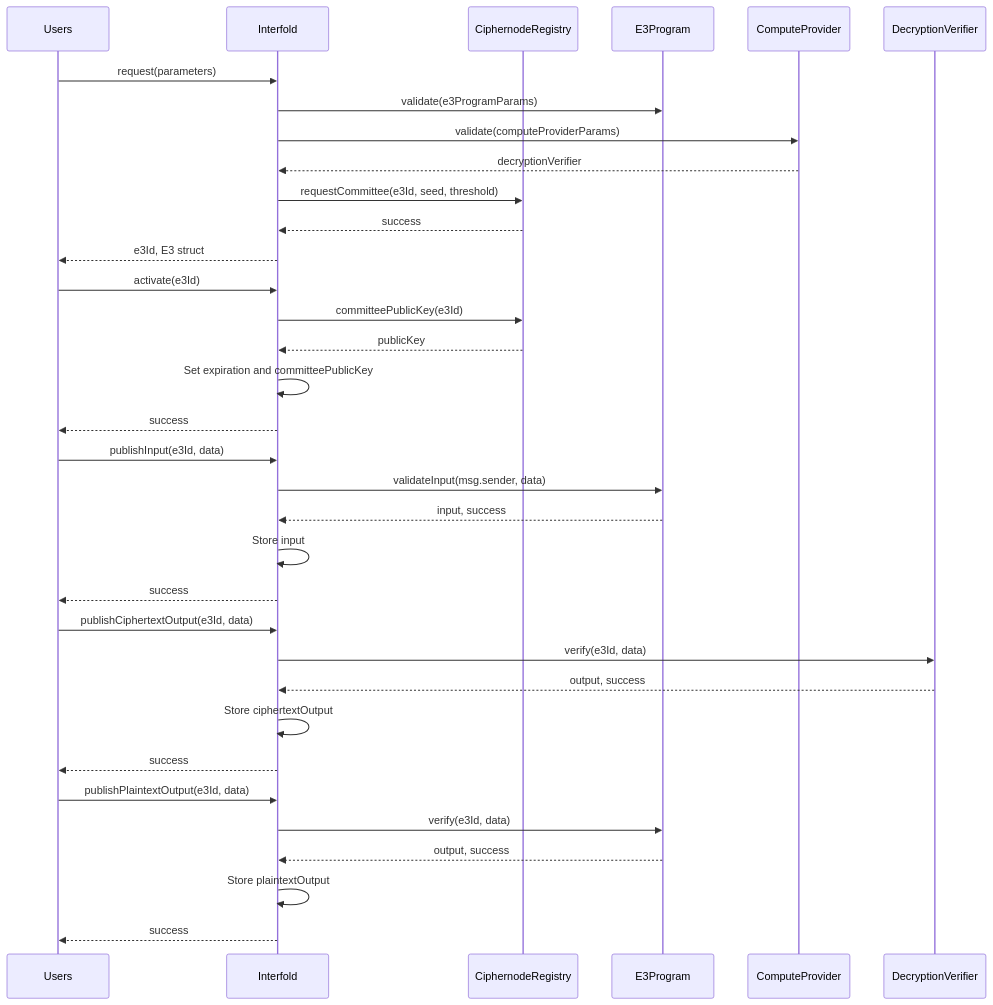
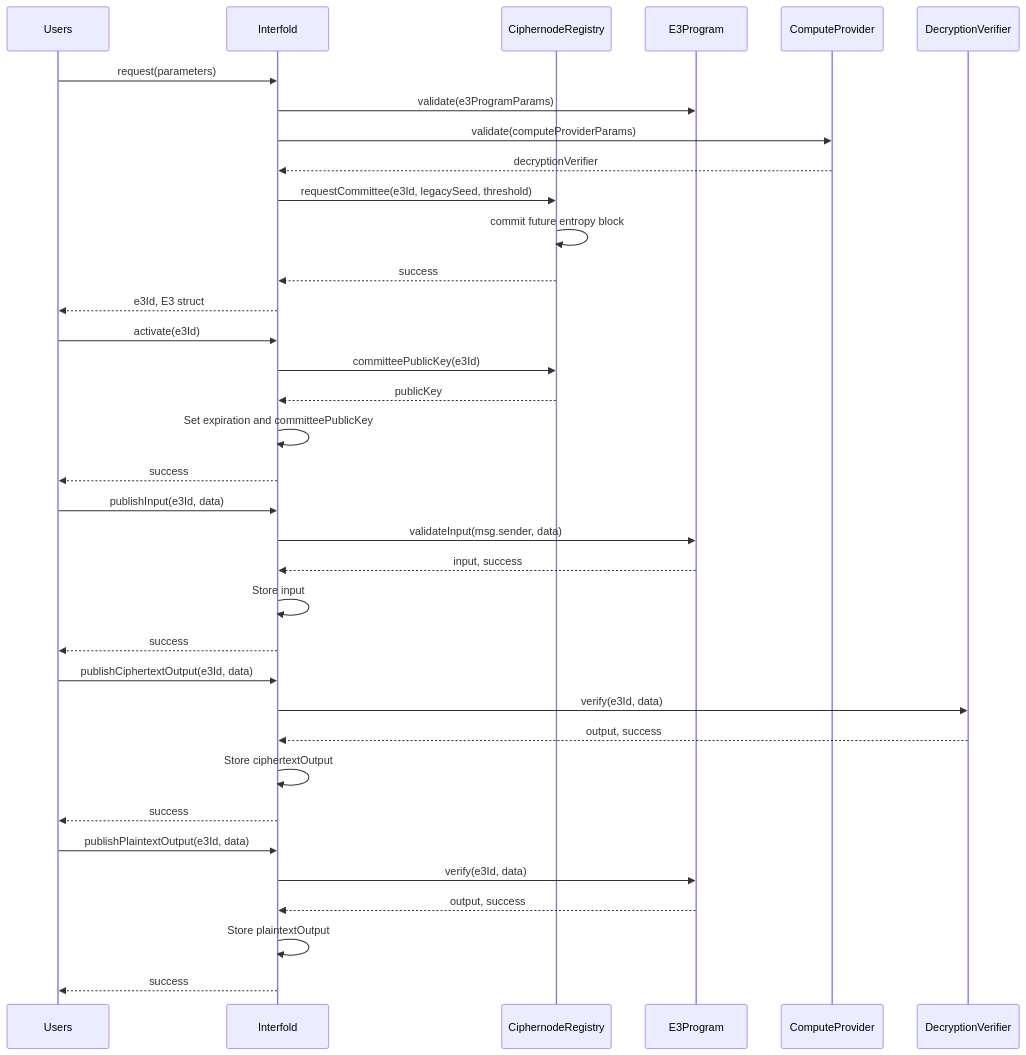
The diagram in README.md (gnosisguild/interfold), drawn with Mermaid before and after one commit. The commit also changed 33 other files, not shown here.

Commit message:
fix(sortition): derive committee seed after request

````diff
--- a/README.md
+++ b/README.md
@@ -214,41 +214,42 @@
 ```mermaid
 sequenceDiagram
     participant Users
     participant Interfold
     participant CiphernodeRegistry
     participant E3Program
     participant ComputeProvider
     participant DecryptionVerifier
 
     Users->>Interfold: request(parameters)
     Interfold->>E3Program: validate(e3ProgramParams)
     Interfold->>ComputeProvider: validate(computeProviderParams)
     ComputeProvider-->>Interfold: decryptionVerifier
-    Interfold->>CiphernodeRegistry: requestCommittee(e3Id, seed, threshold)
+    Interfold->>CiphernodeRegistry: requestCommittee(e3Id, legacySeed, threshold)
+    CiphernodeRegistry->>CiphernodeRegistry: commit future entropy block
     CiphernodeRegistry-->>Interfold: success
     Interfold-->>Users: e3Id, E3 struct
 
     Users->>Interfold: activate(e3Id)
     Interfold->>CiphernodeRegistry: committeePublicKey(e3Id)
     CiphernodeRegistry-->>Interfold: publicKey
     Interfold->>Interfold: Set expiration and committeePublicKey
     Interfold-->>Users: success
 
     Users->>Interfold: publishInput(e3Id, data)
     Interfold->>E3Program: validateInput(msg.sender, data)
     E3Program-->>Interfold: input, success
     Interfold->>Interfold: Store input
     Interfold-->>Users: success
 
     Users->>Interfold: publishCiphertextOutput(e3Id, data)
     Interfold->>DecryptionVerifier: verify(e3Id, data)
     DecryptionVerifier-->>Interfold: output, success
     Interfold->>Interfold: Store ciphertextOutput
     Interfold-->>Users: success
 
     Users->>Interfold: publishPlaintextOutput(e3Id, data)
     Interfold->>E3Program: verify(e3Id, data)
     E3Program-->>Interfold: output, success
     Interfold->>Interfold: Store plaintextOutput
     Interfold-->>Users: success
 ```
````
